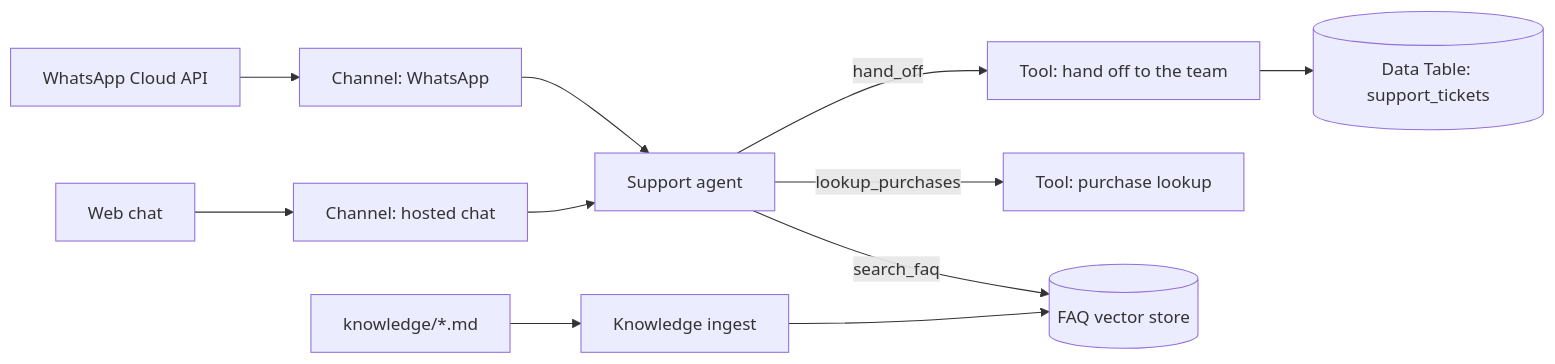
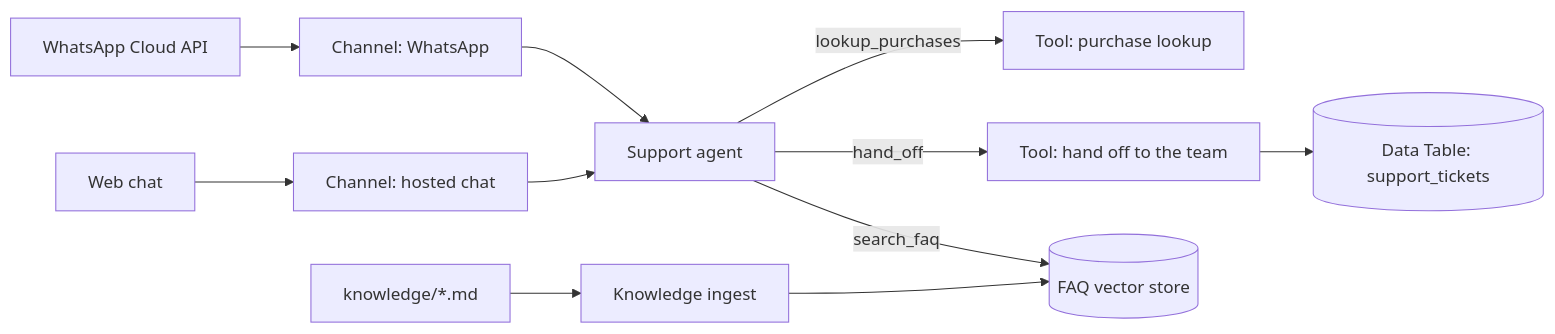
The diagram in README.md (babymum7/n8n-whatsapp-support-agent), drawn with Mermaid before and after one commit. The commit also changed other lines of this file, not shown here.

Commit message:
Center the hand-off path in the diagram so both viewer controls sit on empty space

````diff
--- a/README.md
+++ b/README.md
@@ -28,12 +28,12 @@
 ```mermaid
 flowchart LR
   wa["WhatsApp Cloud API"] --> cw["Channel: WhatsApp"]
   web["Web chat"] --> cc["Channel: hosted chat"]
   cw --> agent["Support agent"]
   cc --> agent
+  agent -- lookup_purchases --> lookup["Tool: purchase lookup"]
   agent -- hand_off --> handoff["Tool: hand off to the team"]
   handoff --> tickets[("Data Table: support_tickets")]
-  agent -- lookup_purchases --> lookup["Tool: purchase lookup"]
   agent -- search_faq --> store[("FAQ vector store")]
   docs["knowledge/*.md"] --> ingest["Knowledge ingest"] --> store
 ```
````
